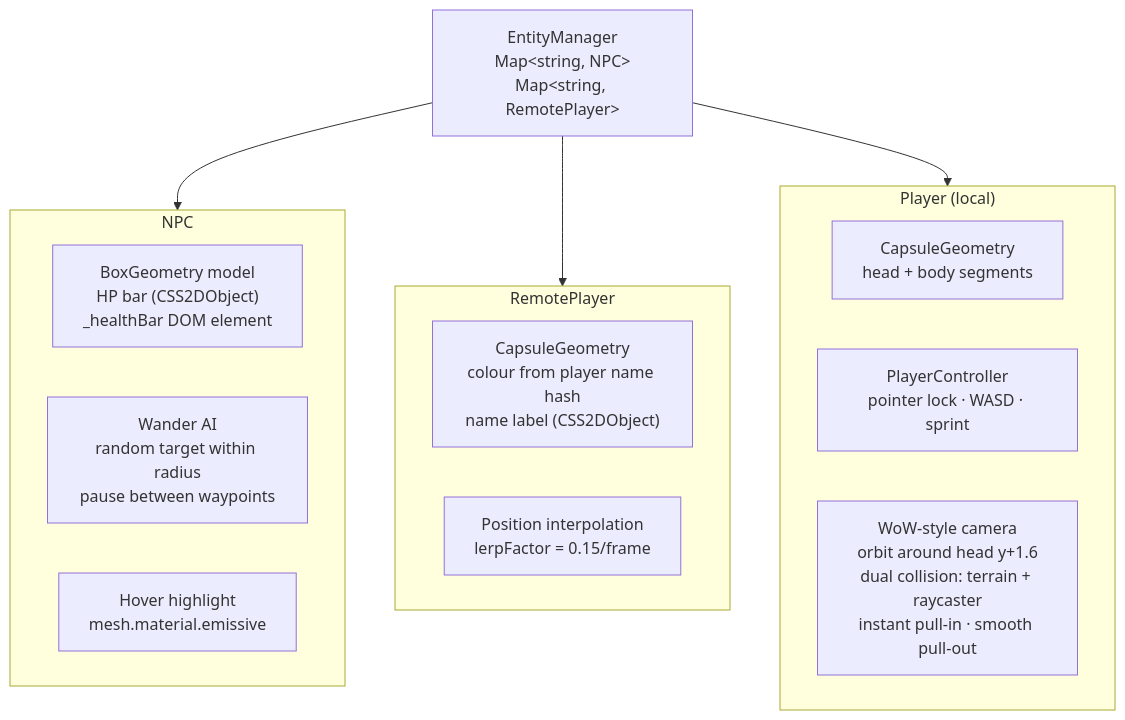
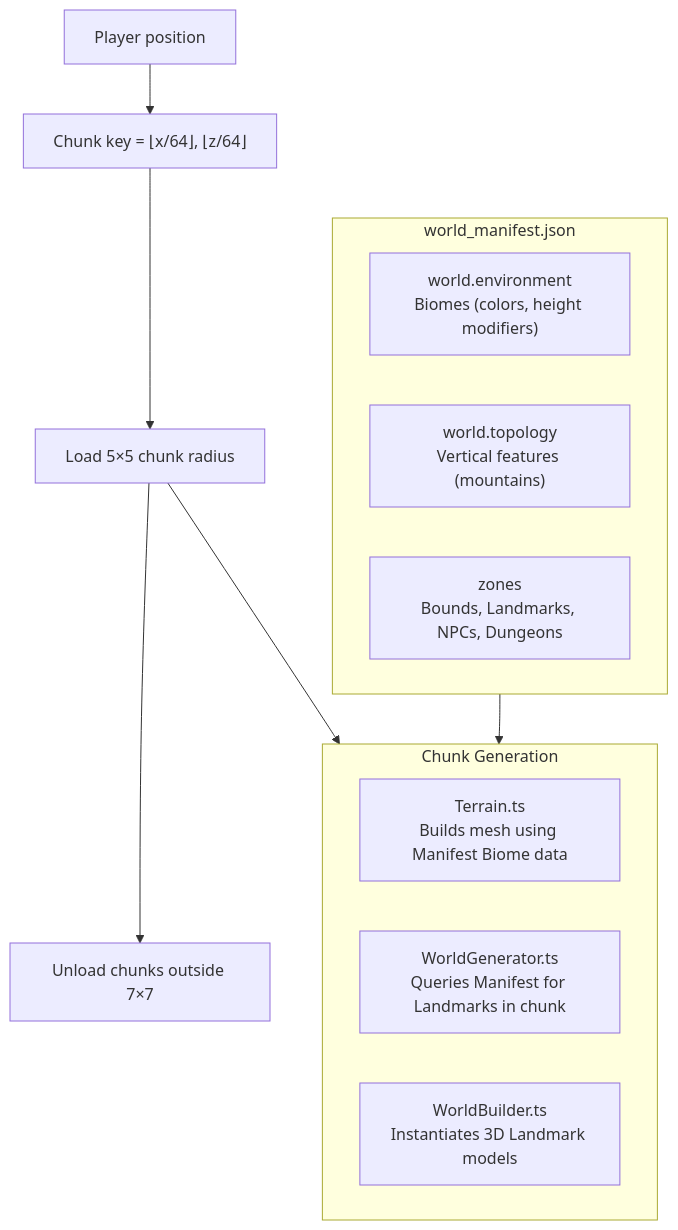
Before and after one commit to Zaexv/world-of-prompcraft: the fourth of 8 diagrams in client/ARCHITECTURE.md, drawn with Mermaid. The commit also changed other lines of this file and 1 other file, not shown here.

Commit message:
docs: update architecture docs for zonal manifest overhaul

````diff
--- a/client/ARCHITECTURE.md
+++ b/client/ARCHITECTURE.md
@@ -153,25 +131,24 @@
 ```mermaid
 flowchart TD
-    EM["EntityManager\nMap&lt;string, NPC&gt;\nMap&lt;string, RemotePlayer&gt;"]
+    POS["Player position"]
+    CK["Chunk key = ⌊x/64⌋, ⌊z/64⌋"]
+    LOAD["Load 5×5 chunk radius"]
+    UNLOAD["Unload chunks outside 7×7"]
 
-    subgraph NPC["NPC"]
-        NM["BoxGeometry model\nHP bar (CSS2DObject)\n_healthBar DOM element"]
-        NW["Wander AI\nrandom target within radius\npause between waypoints"]
-        NH["Hover highlight\nmesh.material.emissive"]
+    subgraph Manifest["world_manifest.json"]
+        MEnv["world.environment\nBiomes (colors, height modifiers)"]
+        MTop["world.topology\nVertical features (mountains)"]
+        MZones["zones\nBounds, Landmarks, NPCs, Dungeons"]
     end
 
-    subgraph RP["RemotePlayer"]
-        RPM["CapsuleGeometry\ncolour from player name hash\nname label (CSS2DObject)"]
-        RPI["Position interpolation\nlerpFactor = 0.15/frame"]
+    subgraph Generation["Chunk Generation"]
+        TR["Terrain.ts\nBuilds mesh using Manifest Biome data"]
+        WG["WorldGenerator.ts\nQueries Manifest for Landmarks in chunk"]
+        WB["WorldBuilder.ts\nInstantiates 3D Landmark models"]
     end
 
-    subgraph PL["Player (local)"]
-        PLM["CapsuleGeometry\nhead + body segments"]
-        PLC["PlayerController\npointer lock · WASD · sprint"]
-        PLX["WoW-style camera\norbit around head y+1.6\ndual collision: terrain + raycaster\ninstant pull-in · smooth pull-out"]
-    end
-
-    EM --> NPC
-    EM --> RP
-    EM --> PL
+    POS --> CK --> LOAD
+    LOAD --> Generation
+    Manifest --> Generation
+    LOAD --> UNLOAD
 ```
````
